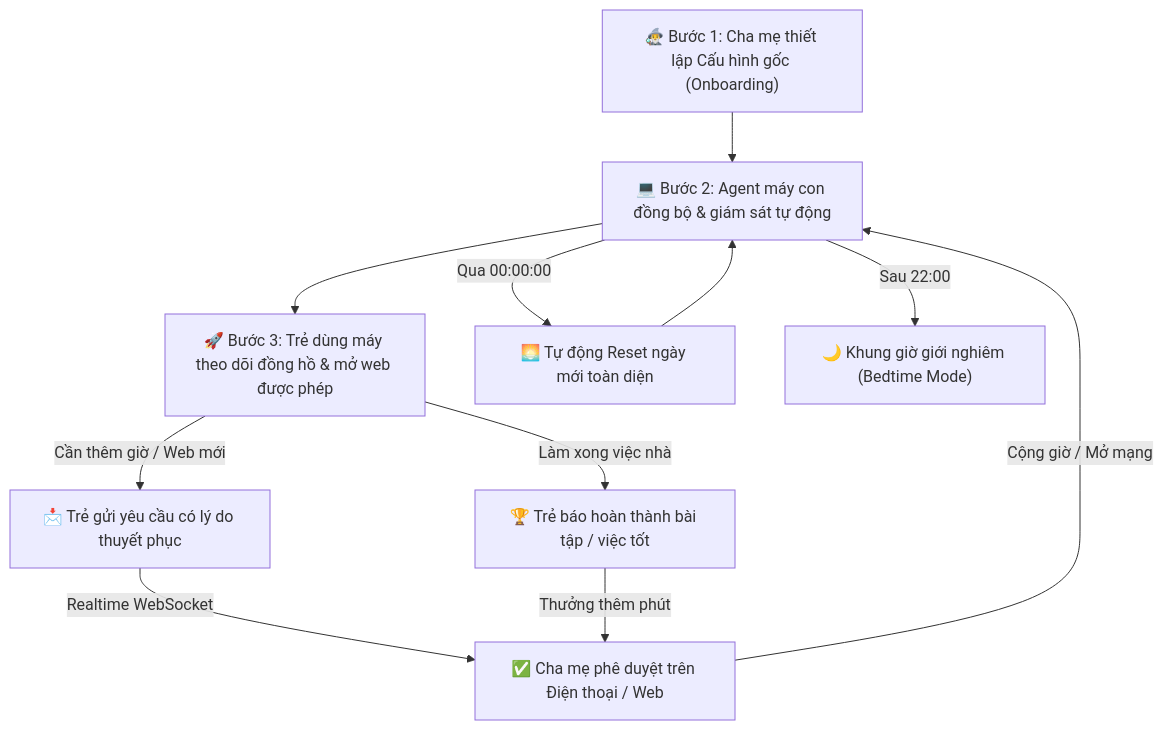
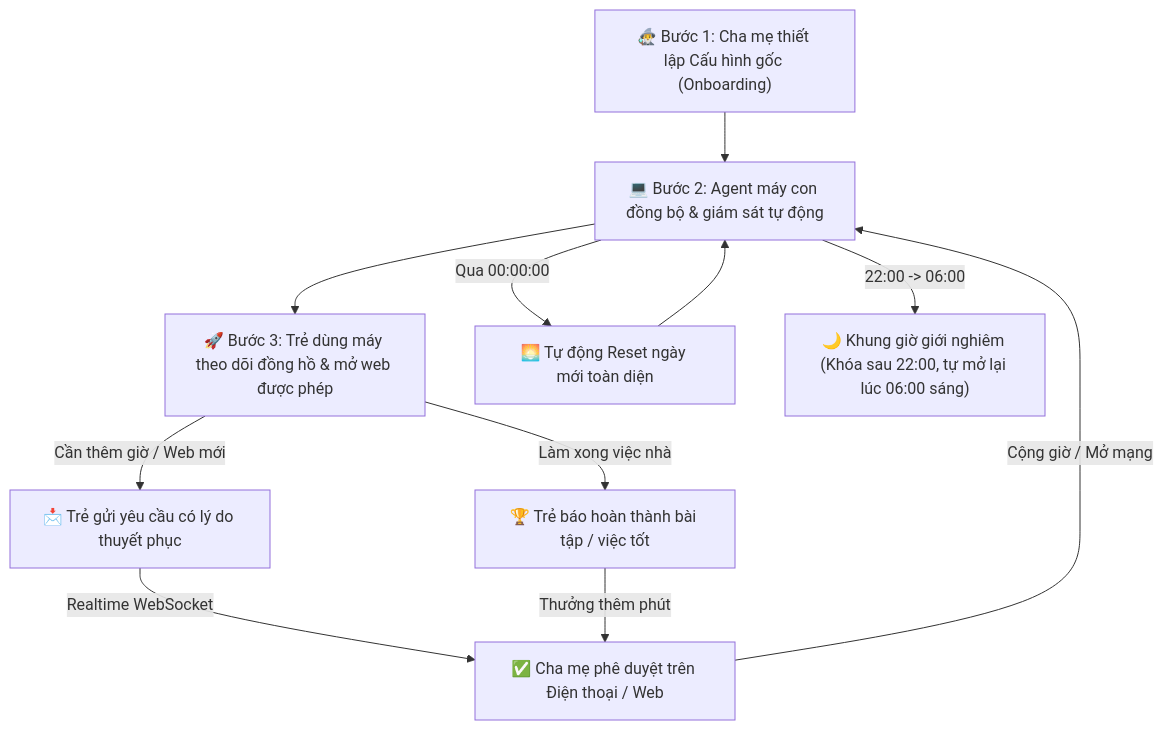
One commit to huynhyesen/MMT-Project changed the diagram in README.md. Above: the diagram before and after it, drawn with Mermaid. The commit also changed other lines of this file and 12 other files, not shown here.

````diff
--- a/README.md
+++ b/README.md
@@ -166,13 +217,13 @@
 ```mermaid
 flowchart TD
     A["🧙‍♂️ Bước 1: Cha mẹ thiết lập Cấu hình gốc (Onboarding)"] --> B["💻 Bước 2: Agent máy con đồng bộ & giám sát tự động"]
     B --> C["🚀 Bước 3: Trẻ dùng máy theo dõi đồng hồ & mở web được phép"]
     C -->|Cần thêm giờ / Web mới| D["📩 Trẻ gửi yêu cầu có lý do thuyết phục"]
     D -->|Realtime WebSocket| E["✅ Cha mẹ phê duyệt trên Điện thoại / Web"]
     E -->|Cộng giờ / Mở mạng| B
     C -->|Làm xong việc nhà| F["🏆 Trẻ báo hoàn thành bài tập / việc tốt"]
     F -->|Thưởng thêm phút| E
     B -->|Qua 00:00:00| G["🌅 Tự động Reset ngày mới toàn diện"]
     G --> B
-    B -->|Sau 22:00| H["🌙 Khung giờ giới nghiêm (Bedtime Mode)"]
+    B -->|22:00 -> 06:00| H["🌙 Khung giờ giới nghiêm (Khóa sau 22:00, tự mở lại lúc 06:00 sáng)"]
 ```
````
